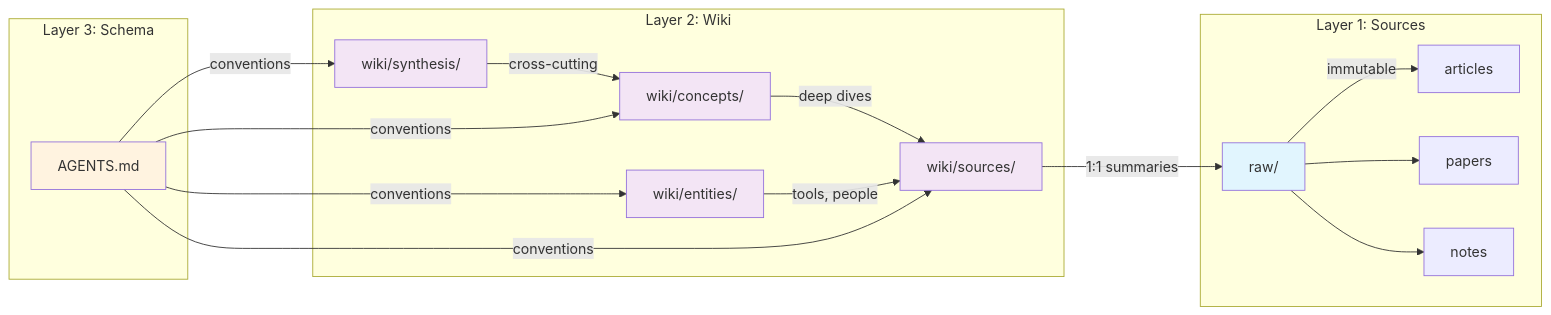
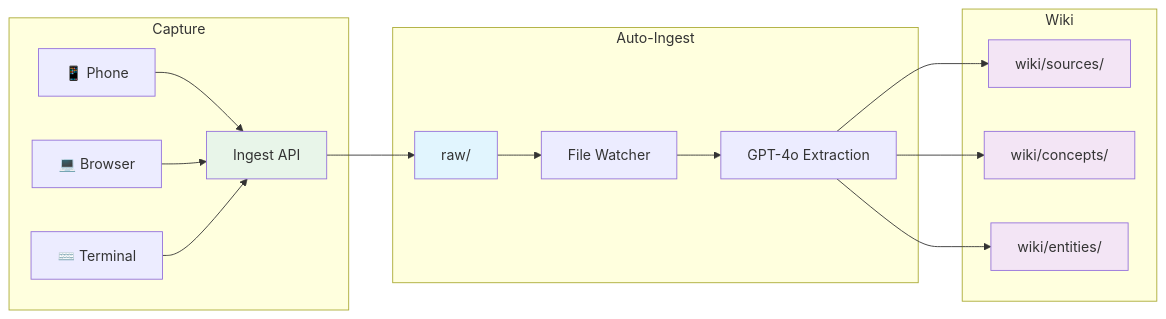
One commit to jbl306/labs-wiki changed the diagram in README.md. Above: the diagram before and after it, drawn with Mermaid. The commit also changed other lines of this file and 5 other files, not shown here.

First line of the commit message:
docs: update all documentation to reflect auto-ingest pipeline

````diff
--- a/README.md
+++ b/README.md
@@ -7,29 +7,26 @@
 ```mermaid
 graph LR
-    subgraph "Layer 1: Sources"
-        R[raw/] --> |immutable| A[articles]
-        R --> B[papers]
-        R --> C[notes]
+    subgraph "Capture"
+        P[📱 Phone] --> API[Ingest API]
+        B[💻 Browser] --> API
+        T[⌨️ Terminal] --> API
     end
 
-    subgraph "Layer 2: Wiki"
-        S[wiki/sources/] --> |1:1 summaries| R
-        CO[wiki/concepts/] --> |deep dives| S
-        E[wiki/entities/] --> |tools, people| S
-        SY[wiki/synthesis/] --> |cross-cutting| CO
+    subgraph "Auto-Ingest"
+        API --> RAW[raw/]
+        RAW --> W[File Watcher]
+        W --> LLM[GPT-4o Extraction]
     end
 
-    subgraph "Layer 3: Schema"
-        AG[AGENTS.md] --> |conventions| S
-        AG --> |conventions| CO
-        AG --> |conventions| E
-        AG --> |conventions| SY
+    subgraph "Wiki"
+        LLM --> S[wiki/sources/]
+        LLM --> C[wiki/concepts/]
+        LLM --> E[wiki/entities/]
     end
 
-    style R fill:#e1f5fe
+    style RAW fill:#e1f5fe
     style S fill:#f3e5f5
-    style CO fill:#f3e5f5
+    style C fill:#f3e5f5
     style E fill:#f3e5f5
-    style SY fill:#f3e5f5
-    style AG fill:#fff3e0
+    style API fill:#e8f5e9
 ```
````
